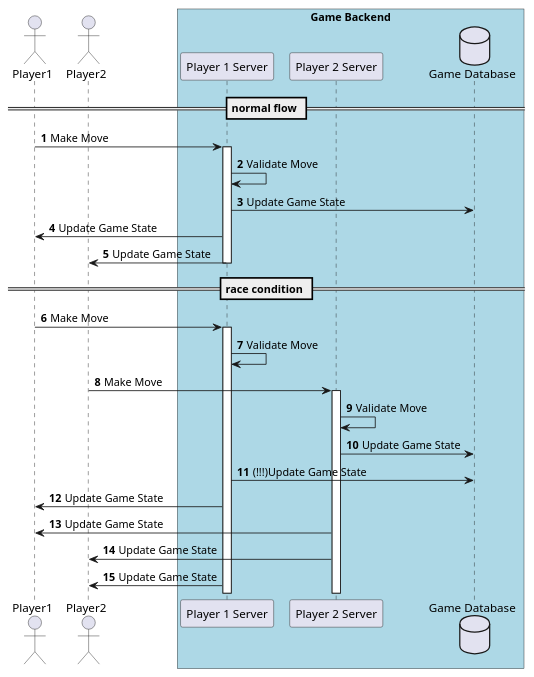
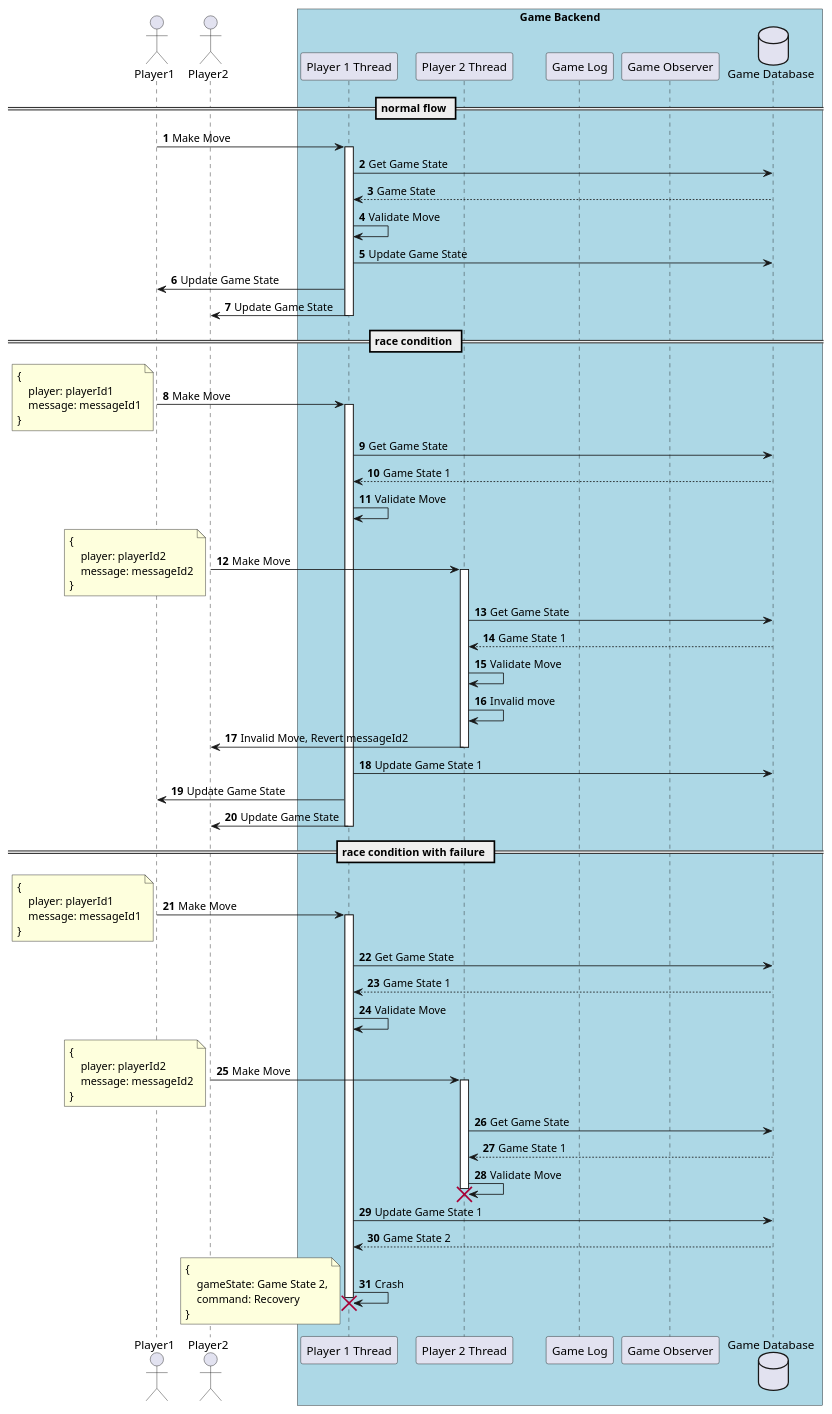
Before and after one commit to viktormmarkov/space-dominos-be: the diagram in diagrams/players-interaction.puml, drawn with PlantUML.

Commit message:
improve player interactions uml

```diff
--- a/diagrams/players-interaction.puml
+++ b/diagrams/players-interaction.puml
@@ -1,35 +1,86 @@
 @startuml
 'https://plantuml.com/sequence-diagram
 
 autonumber
 
 actor Player1 as p1
 actor Player2 as p2
 
 box "Game Backend" #LightBlue
-    participant "Player 1 Server" as server1
-    participant "Player 2 Server" as server2
+    participant "Player 1 Thread" as s1
+    participant "Player 2 Thread" as s2
+    participant "Game Log" as gl
+    participant "Game Observer" as o2
     database "Game Database" as db
 end box
 
 == normal flow ==
-p1-> server1++: Make Move
-server1->server1: Validate Move
-server1->db: Update Game State
-server1 -> p1: Update Game State
-server1 -> p2: Update Game State
-deactivate server1
+p1-> s1++: Make Move
+s1 -> db: Get Game State
+db --> s1: Game State
+s1->s1: Validate Move
+s1->db: Update Game State
+s1 -> p1: Update Game State
+s1 -> p2: Update Game State
+deactivate s1
 
 == race condition ==
-p1-> server1 ++: Make Move
-server1->server1: Validate Move
-p2-> server2 ++: Make Move
-server2->server2: Validate Move
-server2->db: Update Game State
-server1->db: (!!!)Update Game State
-server1 -> p1: Update Game State
-server2 -> p1: Update Game State
-server2 -> p2: Update Game State
-server1 -> p2: Update Game State
+p1-> s1 ++: Make Move
+note left
+{
+    player: playerId1
+    message: messageId1
+}
+end note
+s1 -> db: Get Game State
+db --> s1: Game State 1
+s1->s1: Validate Move
+p2-> s2 ++: Make Move
+note left
+{
+    player: playerId2
+    message: messageId2
+}
+end note
+s2 -> db: Get Game State
+db --> s2: Game State 1
+s2->s2: Validate Move
+s2 -> s2: Invalid move
+s2 -> p2 : Invalid Move, Revert messageId2
+deactivate s2
+s1->db: Update Game State 1
+s1 -> p1: Update Game State
+s1 -> p2: Update Game State
+deactivate s1
 
+== race condition with failure ==
+p1-> s1 ++: Make Move
+note left
+{
+    player: playerId1
+    message: messageId1
+}
+end note
+s1 -> db: Get Game State
+db --> s1: Game State 1
+s1->s1: Validate Move
+p2-> s2 ++: Make Move
+note left
+{
+    player: playerId2
+    message: messageId2
+}
+end note
+s2 -> db: Get Game State
+db --> s2: Game State 1
+s2->s2!!: Validate Move
+s1->db: Update Game State 1
+db --> s1: Game State 2
+s1 -> s1!!: Crash
+note left
+{
+    gameState: Game State 2,
+    command: Recovery
+}
+end note
 @enduml
```
